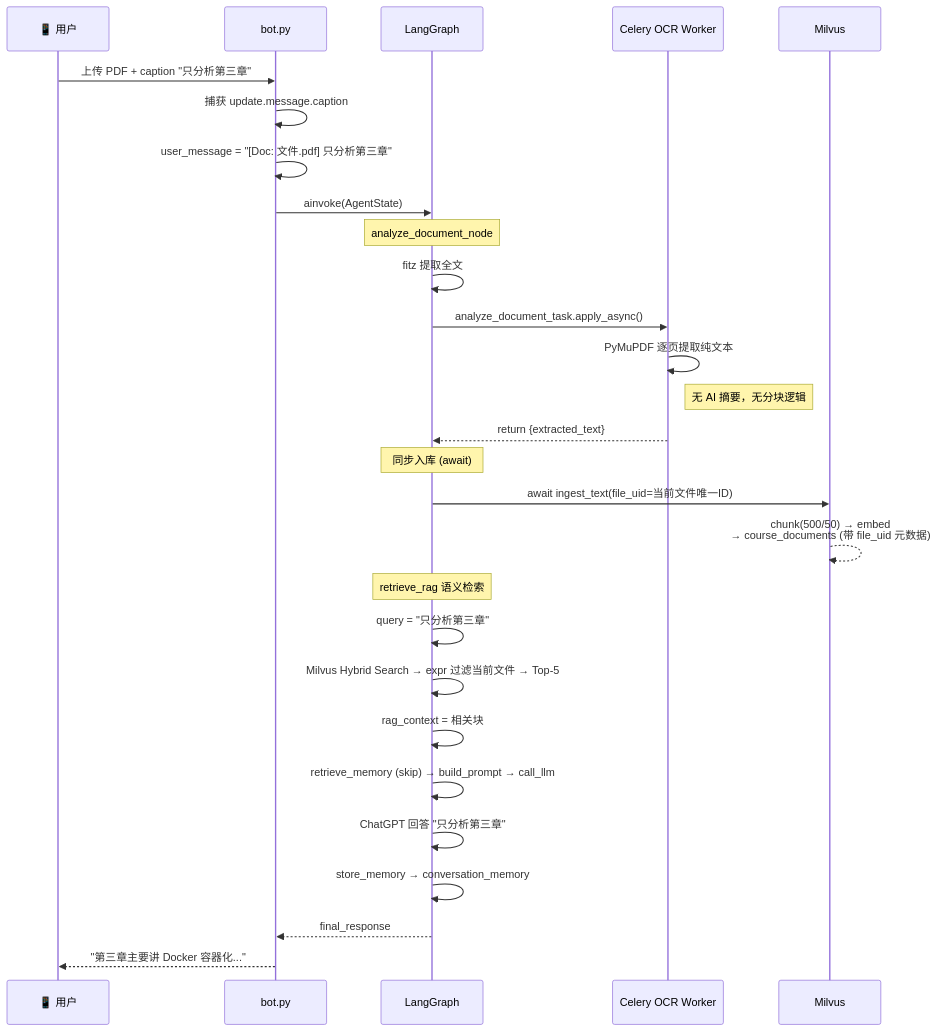
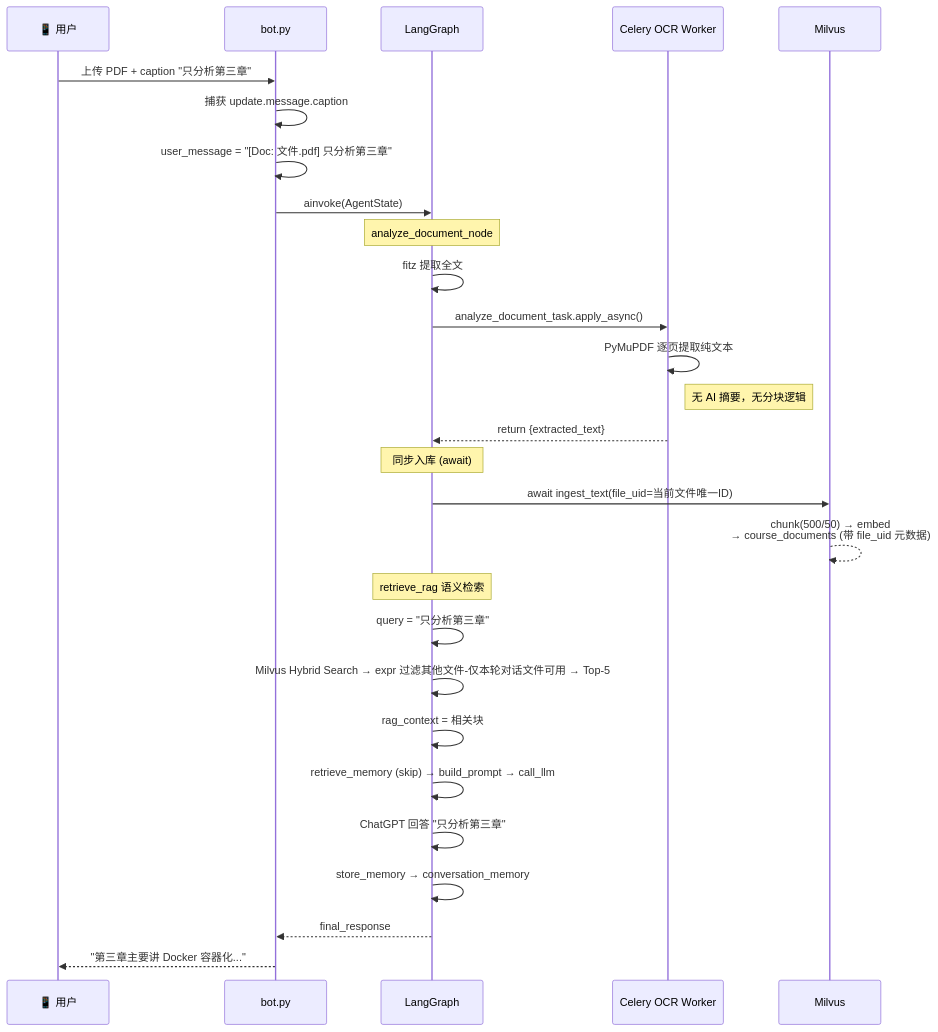
The fifth of 9 diagrams in 流程图.md (ravemelodic/Multi-functional_AI_Assistant), drawn with Mermaid before and after one commit.

````diff
--- a/流程图.md
+++ b/流程图.md
@@ -133,36 +133,36 @@
 ```mermaid
 sequenceDiagram
     participant User as 📱 用户
     participant Bot as bot.py
     participant Graph as LangGraph
     participant Celery as Celery OCR Worker
     participant Milvus as Milvus
 
     User->>Bot: 上传 PDF + caption "只分析第三章"
     Bot->>Bot: 捕获 update.message.caption
     Bot->>Bot: user_message = "[Doc: 文件.pdf] 只分析第三章"
     Bot->>Graph: ainvoke(AgentState)
 
     Note over Graph: analyze_document_node
     Graph->>Graph: fitz 提取全文
     Graph->>Celery: analyze_document_task.apply_async()
     Celery->>Celery: PyMuPDF 逐页提取纯文本
     Note right of Celery: 无 AI 摘要，无分块逻辑
     
     Celery-->>Graph: return {extracted_text}
 
     Note over Graph: 同步入库 (await)
     Graph->>Milvus: await ingest_text(file_uid=当前文件唯一ID)
     Milvus-->>Milvus: chunk(500/50) → embed<br/>→ course_documents (带 file_uid 元数据)
 
     Note over Graph: retrieve_rag 语义检索
     Graph->>Graph: query = "只分析第三章"
-    Graph->>Graph: Milvus Hybrid Search → expr 过滤当前文件 → Top-5
+    Graph->>Graph: Milvus Hybrid Search → expr 过滤其他文件-仅本轮对话文件可用 → Top-5
     Graph->>Graph: rag_context = 相关块
     Graph->>Graph: retrieve_memory (skip) → build_prompt → call_llm
     Graph->>Graph: ChatGPT 回答 "只分析第三章"
     Graph->>Graph: store_memory → conversation_memory
     
     Graph-->>Bot: final_response
     Bot-->>User: "第三章主要讲 Docker 容器化..."
 ```
````
